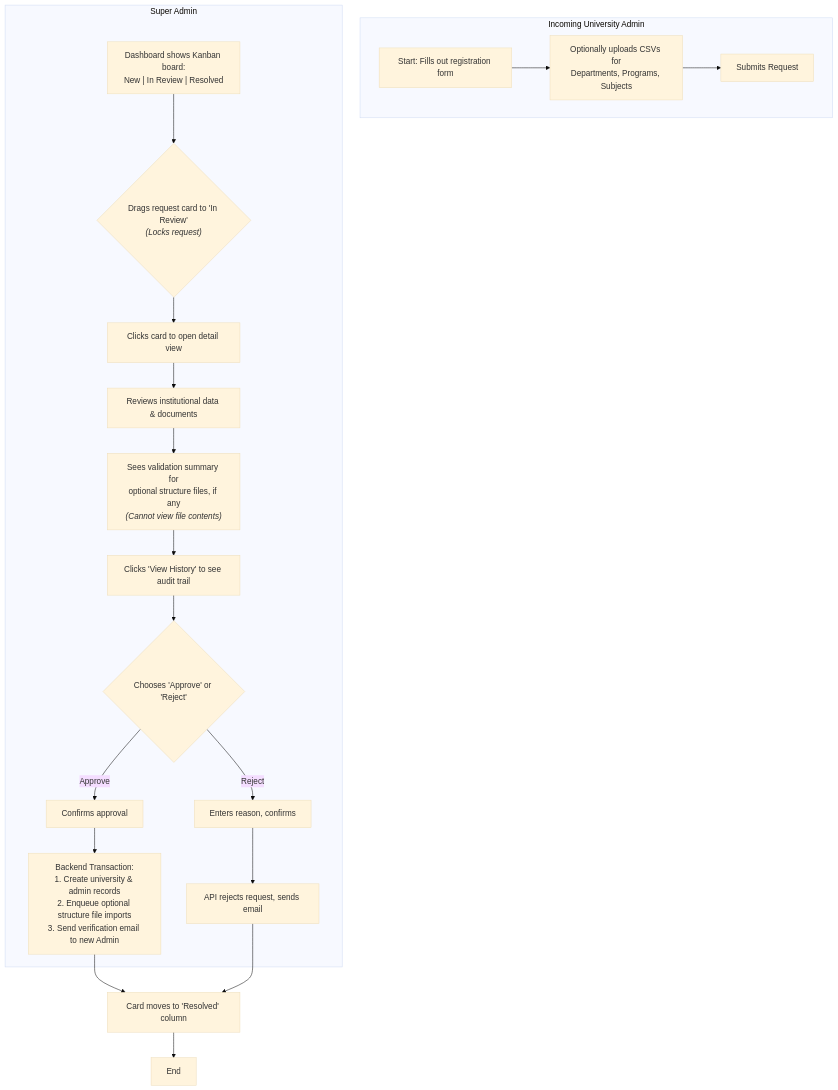
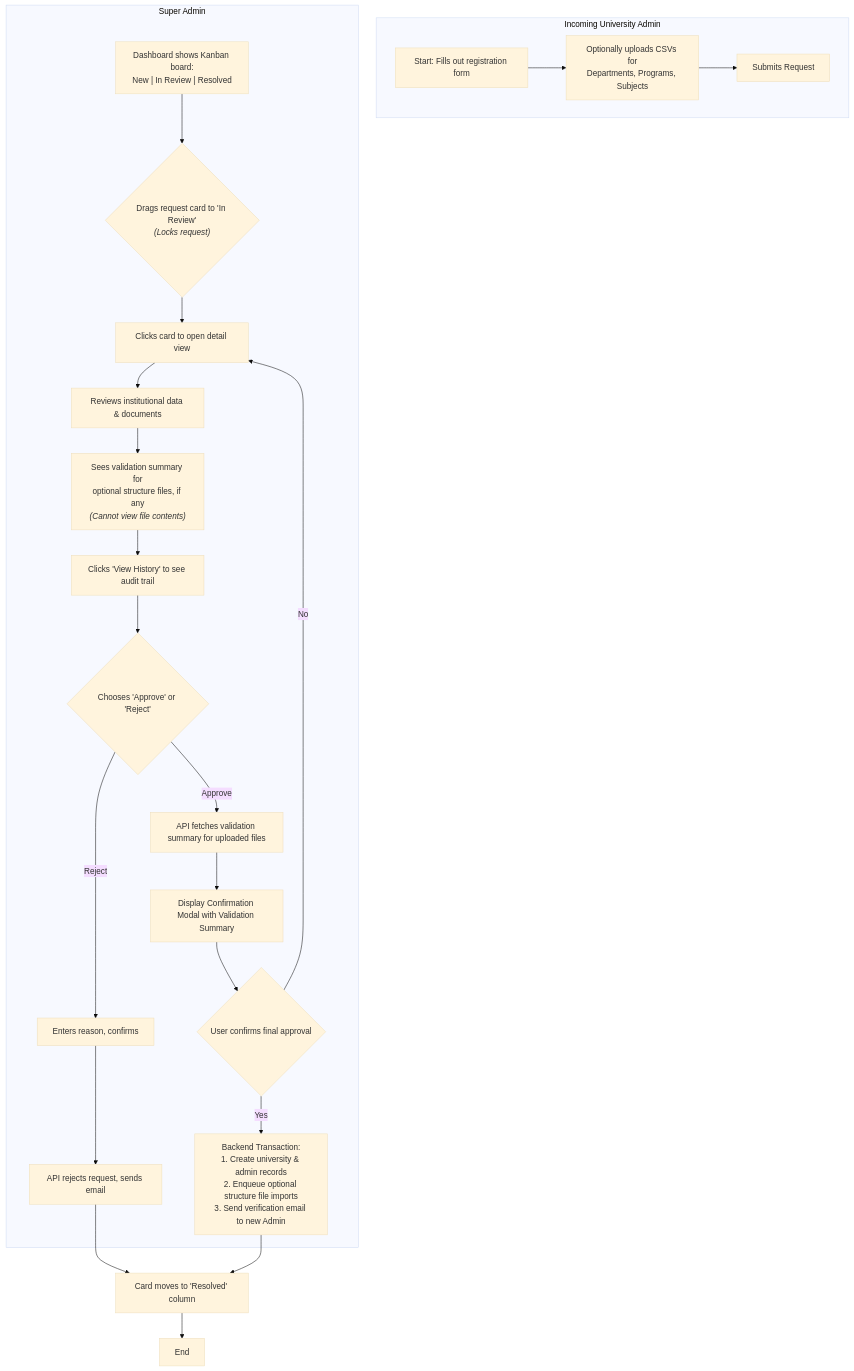
One commit to HunterKart/proficiency-faculty-evaluation changed the eighth of 15 diagrams in docs/front-end-spec.md. Above: the diagram before and after it, drawn with Mermaid (base theme). The commit also changed other lines of this file and 1 other file, not shown here.

Commit message:
Updated PRD and Front-End-Spec to reflect changes in API Spec
Further enhanced security for the super admin flows.

````diff
--- a/docs/front-end-spec.md
+++ b/docs/front-end-spec.md
@@ -362,26 +363,30 @@
 ```mermaid
 flowchart TD
     subgraph IncomingAdmin [Incoming University Admin]
         A[Start: Fills out registration form] --> A1[Optionally uploads CSVs for<br>Departments, Programs, Subjects];
         A1 --> A2[Submits Request];
     end
 
     subgraph SuperAdmin [Super Admin]
         B["Dashboard shows Kanban board:<br>New | In Review | Resolved"] --> C{"Drags request card to 'In Review'<br><i>(Locks request)</i>"};
         C --> D[Clicks card to open detail view];
         D --> E[Reviews institutional data & documents];
         E --> F["Sees validation summary for<br>optional structure files, if any<br><i>(Cannot view file contents)</i>"];
         F --> G[Clicks 'View History' to see audit trail];
         G --> H{Chooses 'Approve' or 'Reject'};
 
         H -- Reject --> I[Enters reason, confirms];
         I --> J[API rejects request, sends email];
 
-        H -- Approve --> K[Confirms approval];
-        K --> L[Backend Transaction:<br>1. Create university & admin records<br>2. Enqueue optional structure file imports<br>3. Send verification email to new Admin];
+        H -- Approve --> K[API fetches validation summary for uploaded files];
+        K --> K2[Display Confirmation Modal with Validation Summary];
+        K2 --> K3{User confirms final approval};
+
+        K3 -- Yes --> L[Backend Transaction:<br>1. Create university & admin records<br>2. Enqueue optional structure file imports<br>3. Send verification email to new Admin];
+        K3 -- No --> D;
     end
 
     L --> M[Card moves to 'Resolved' column];
     J --> M;
     M --> N[End];
 ```
````
